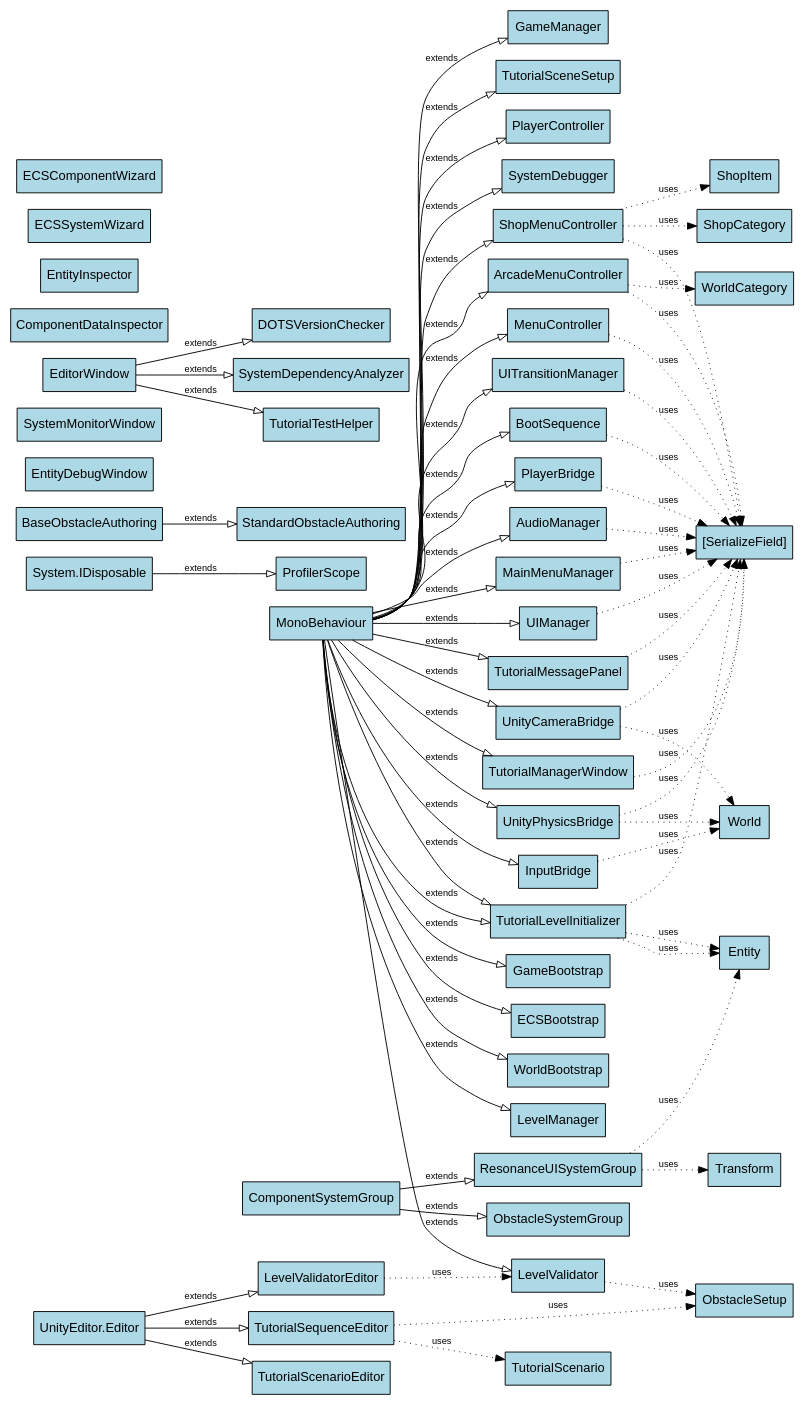
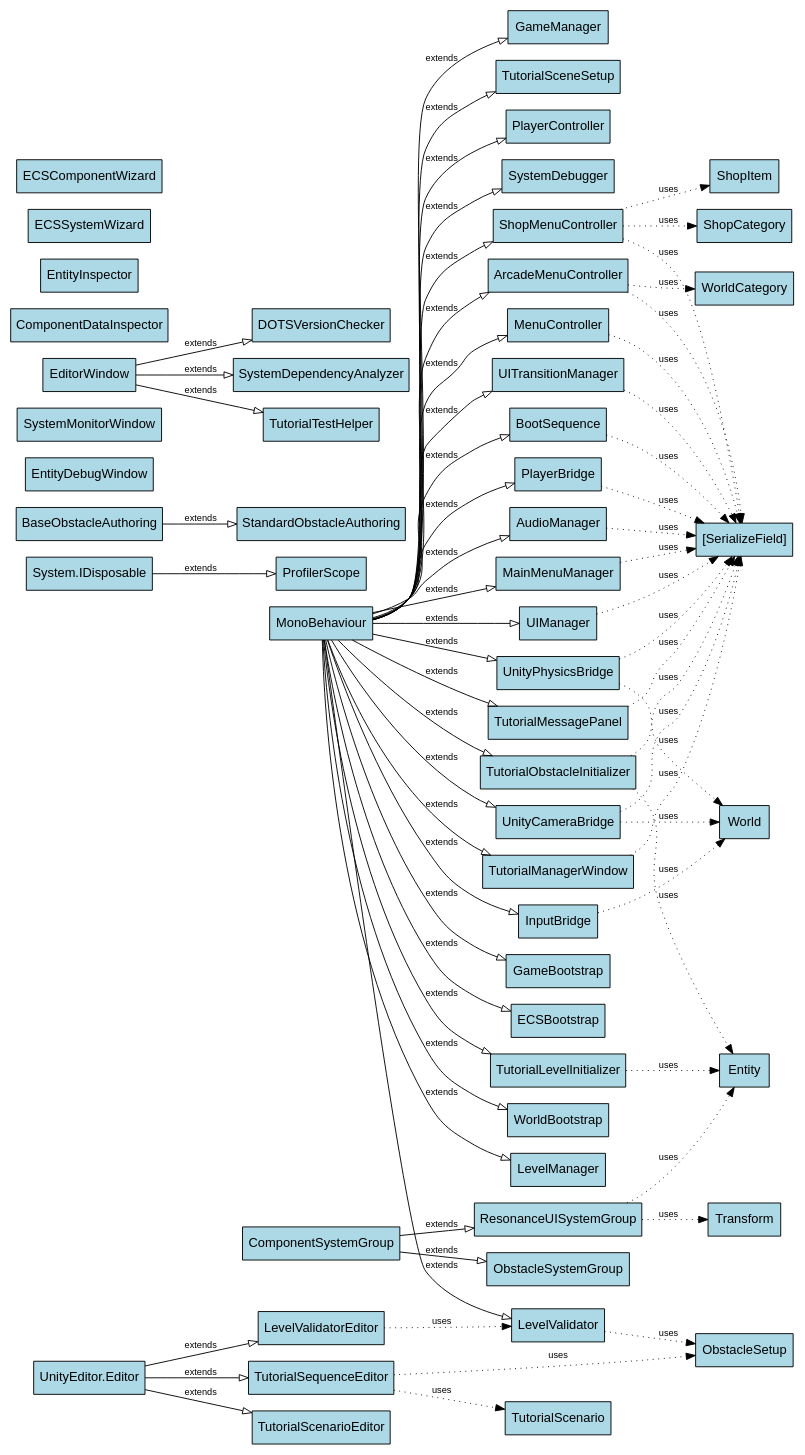
The diagram in Documentation/class_dependencies.dot (gianlucaricaldone/RunawayHeroes), drawn with Graphviz before and after one commit. The commit also changed 42 other files, not shown here.

```diff
--- a/Documentation/class_dependencies.dot
+++ b/Documentation/class_dependencies.dot
@@ -1,109 +1,109 @@
 digraph ClassDependencies {
   rankdir=LR;
   node [shape=box, style=filled, fillcolor=lightblue, fontname="Arial"];
   edge [fontname="Arial", fontsize=10];
   "ShopMenuController" [tooltip="File: ShopMenuController.cs"];
   "MonoBehaviour" -> "ShopMenuController" [arrowhead=empty, style=solid, label="extends"];
   "ShopMenuController" -> "ShopCategory" [style=dotted, label="uses"];
   "ShopMenuController" -> "ShopItem" [style=dotted, label="uses"];
   "ShopMenuController" -> "[SerializeField]" [style=dotted, label="uses"];
   "TutorialMessagePanel" [tooltip="File: TutorialMessagePanel.cs"];
   "MonoBehaviour" -> "TutorialMessagePanel" [arrowhead=empty, style=solid, label="extends"];
   "TutorialMessagePanel" -> "[SerializeField]" [style=dotted, label="uses"];
   "ArcadeMenuController" [tooltip="File: ArcadeMenuController.cs"];
   "MonoBehaviour" -> "ArcadeMenuController" [arrowhead=empty, style=solid, label="extends"];
   "ArcadeMenuController" -> "WorldCategory" [style=dotted, label="uses"];
   "ArcadeMenuController" -> "[SerializeField]" [style=dotted, label="uses"];
   "MenuController" [tooltip="File: MenuController.cs"];
   "MonoBehaviour" -> "MenuController" [arrowhead=empty, style=solid, label="extends"];
   "MenuController" -> "[SerializeField]" [style=dotted, label="uses"];
   "UITransitionManager" [tooltip="File: UITransitionManager.cs"];
   "MonoBehaviour" -> "UITransitionManager" [arrowhead=empty, style=solid, label="extends"];
   "UITransitionManager" -> "[SerializeField]" [style=dotted, label="uses"];
   "GameBootstrap" [tooltip="File: GameBootstrap.cs"];
   "MonoBehaviour" -> "GameBootstrap" [arrowhead=empty, style=solid, label="extends"];
-  "TutorialLevelInitializer" [tooltip="File: TutorialLevelInitializer.cs"];
-  "MonoBehaviour" -> "TutorialLevelInitializer" [arrowhead=empty, style=solid, label="extends"];
-  "TutorialLevelInitializer" -> "Entity" [style=dotted, label="uses"];
-  "TutorialLevelInitializer" -> "[SerializeField]" [style=dotted, label="uses"];
   "ECSBootstrap" [tooltip="File: ECSBootstrap.cs"];
   "MonoBehaviour" -> "ECSBootstrap" [arrowhead=empty, style=solid, label="extends"];
+  "TutorialObstacleInitializer" [tooltip="File: TutorialObstacleInitializer.cs"];
+  "MonoBehaviour" -> "TutorialObstacleInitializer" [arrowhead=empty, style=solid, label="extends"];
+  "TutorialObstacleInitializer" -> "Entity" [style=dotted, label="uses"];
+  "TutorialObstacleInitializer" -> "[SerializeField]" [style=dotted, label="uses"];
   "WorldBootstrap" [tooltip="File: WorldBootstrap.cs"];
   "MonoBehaviour" -> "WorldBootstrap" [arrowhead=empty, style=solid, label="extends"];
   "BootSequence" [tooltip="File: BootSequence.cs"];
   "MonoBehaviour" -> "BootSequence" [arrowhead=empty, style=solid, label="extends"];
   "BootSequence" -> "[SerializeField]" [style=dotted, label="uses"];
   "UnityCameraBridge" [tooltip="File: UnityCameraBridge.cs"];
   "MonoBehaviour" -> "UnityCameraBridge" [arrowhead=empty, style=solid, label="extends"];
   "UnityCameraBridge" -> "World" [style=dotted, label="uses"];
   "UnityCameraBridge" -> "[SerializeField]" [style=dotted, label="uses"];
   "UnityPhysicsBridge" [tooltip="File: UnityPhysicsBridge.cs"];
   "MonoBehaviour" -> "UnityPhysicsBridge" [arrowhead=empty, style=solid, label="extends"];
   "UnityPhysicsBridge" -> "World" [style=dotted, label="uses"];
   "UnityPhysicsBridge" -> "[SerializeField]" [style=dotted, label="uses"];
   "InputBridge" [tooltip="File: InputBridge.cs"];
   "MonoBehaviour" -> "InputBridge" [arrowhead=empty, style=solid, label="extends"];
   "InputBridge" -> "World" [style=dotted, label="uses"];
   "PlayerBridge" [tooltip="File: PlayerBridge.cs"];
   "MonoBehaviour" -> "PlayerBridge" [arrowhead=empty, style=solid, label="extends"];
   "PlayerBridge" -> "[SerializeField]" [style=dotted, label="uses"];
   "LevelManager" [tooltip="File: LevelManager.cs"];
   "MonoBehaviour" -> "LevelManager" [arrowhead=empty, style=solid, label="extends"];
   "AudioManager" [tooltip="File: AudioManager.cs"];
   "MonoBehaviour" -> "AudioManager" [arrowhead=empty, style=solid, label="extends"];
   "AudioManager" -> "[SerializeField]" [style=dotted, label="uses"];
   "MainMenuManager" [tooltip="File: MainMenuManager.cs"];
   "MonoBehaviour" -> "MainMenuManager" [arrowhead=empty, style=solid, label="extends"];
   "MainMenuManager" -> "[SerializeField]" [style=dotted, label="uses"];
   "UIManager" [tooltip="File: UIManager.cs"];
   "MonoBehaviour" -> "UIManager" [arrowhead=empty, style=solid, label="extends"];
   "UIManager" -> "[SerializeField]" [style=dotted, label="uses"];
   "GameManager" [tooltip="File: GameManager.cs"];
   "MonoBehaviour" -> "GameManager" [arrowhead=empty, style=solid, label="extends"];
   "TutorialManagerWindow" [tooltip="File: TutorialManagerWindow.cs"];
   "MonoBehaviour" -> "TutorialManagerWindow" [arrowhead=empty, style=solid, label="extends"];
   "TutorialManagerWindow" -> "[SerializeField]" [style=dotted, label="uses"];
   "TutorialLevelInitializer" [tooltip="File: TutorialLevelInitializer.cs"];
   "MonoBehaviour" -> "TutorialLevelInitializer" [arrowhead=empty, style=solid, label="extends"];
   "TutorialLevelInitializer" -> "Entity" [style=dotted, label="uses"];
   "TutorialSceneSetup" [tooltip="File: TutorialSceneSetup.cs"];
   "MonoBehaviour" -> "TutorialSceneSetup" [arrowhead=empty, style=solid, label="extends"];
   "LevelValidator" [tooltip="File: LevelValidator.cs"];
   "MonoBehaviour" -> "LevelValidator" [arrowhead=empty, style=solid, label="extends"];
   "LevelValidator" -> "ObstacleSetup" [style=dotted, label="uses"];
   "PlayerController" [tooltip="File: PlayerController.cs"];
   "MonoBehaviour" -> "PlayerController" [arrowhead=empty, style=solid, label="extends"];
   "ProfilerScope" [tooltip="File: SystemUtilities.cs"];
   "System.IDisposable" -> "ProfilerScope" [arrowhead=empty, style=solid, label="extends"];
   "ResonanceUISystemGroup" [tooltip="File: ResonanceUISystem.cs"];
   "ComponentSystemGroup" -> "ResonanceUISystemGroup" [arrowhead=empty, style=solid, label="extends"];
   "ResonanceUISystemGroup" -> "Entity" [style=dotted, label="uses"];
   "ResonanceUISystemGroup" -> "Transform" [style=dotted, label="uses"];
   "ObstacleSystemGroup" [tooltip="File: ObstacleSystemGroup.cs"];
   "ComponentSystemGroup" -> "ObstacleSystemGroup" [arrowhead=empty, style=solid, label="extends"];
   "StandardObstacleAuthoring" [tooltip="File: ObstacleAuthoringComponents.cs"];
   "BaseObstacleAuthoring" -> "StandardObstacleAuthoring" [arrowhead=empty, style=solid, label="extends"];
   "TutorialScenarioEditor" [tooltip="File: TutorialScenarioEditor.cs"];
   "UnityEditor.Editor" -> "TutorialScenarioEditor" [arrowhead=empty, style=solid, label="extends"];
   "TutorialSequenceEditor" [tooltip="File: TutorialSequenceEditor.cs"];
   "UnityEditor.Editor" -> "TutorialSequenceEditor" [arrowhead=empty, style=solid, label="extends"];
   "TutorialSequenceEditor" -> "ObstacleSetup" [style=dotted, label="uses"];
   "TutorialSequenceEditor" -> "TutorialScenario" [style=dotted, label="uses"];
   "EntityDebugWindow" [tooltip="File: EntityDebugWindow.cs"];
   "SystemMonitorWindow" [tooltip="File: SystemMonitorWindow.cs"];
   "DOTSVersionChecker" [tooltip="File: DOTSVersionChecker.cs"];
   "EditorWindow" -> "DOTSVersionChecker" [arrowhead=empty, style=solid, label="extends"];
   "SystemDependencyAnalyzer" [tooltip="File: SystemDependencyAnalyzer.cs"];
   "EditorWindow" -> "SystemDependencyAnalyzer" [arrowhead=empty, style=solid, label="extends"];
   "SystemDebugger" [tooltip="File: SystemDebugger.cs"];
   "MonoBehaviour" -> "SystemDebugger" [arrowhead=empty, style=solid, label="extends"];
   "ComponentDataInspector" [tooltip="File: ComponentDataInspector.cs"];
   "EntityInspector" [tooltip="File: EntityInspector.cs"];
   "TutorialTestHelper" [tooltip="File: TutorialTestHelper.cs"];
   "EditorWindow" -> "TutorialTestHelper" [arrowhead=empty, style=solid, label="extends"];
   "LevelValidatorEditor" [tooltip="File: LevelValidatorEditor.cs"];
   "UnityEditor.Editor" -> "LevelValidatorEditor" [arrowhead=empty, style=solid, label="extends"];
   "LevelValidatorEditor" -> "LevelValidator" [style=dotted, label="uses"];
   "ECSSystemWizard" [tooltip="File: ECSSystemWizard.cs"];
   "ECSComponentWizard" [tooltip="File: ECSComponentWizard.cs"];
 }
```
